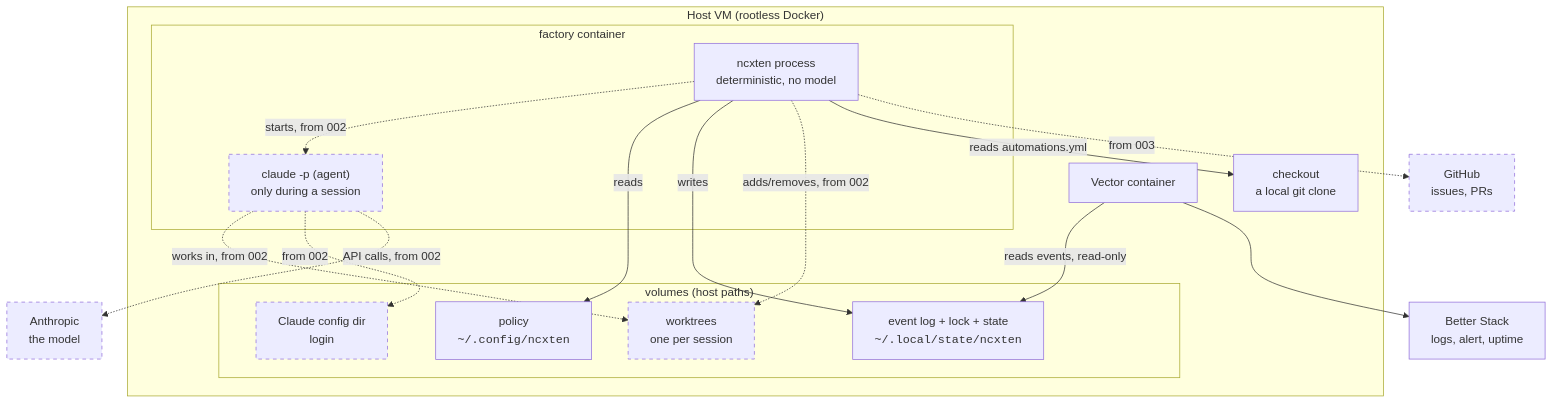
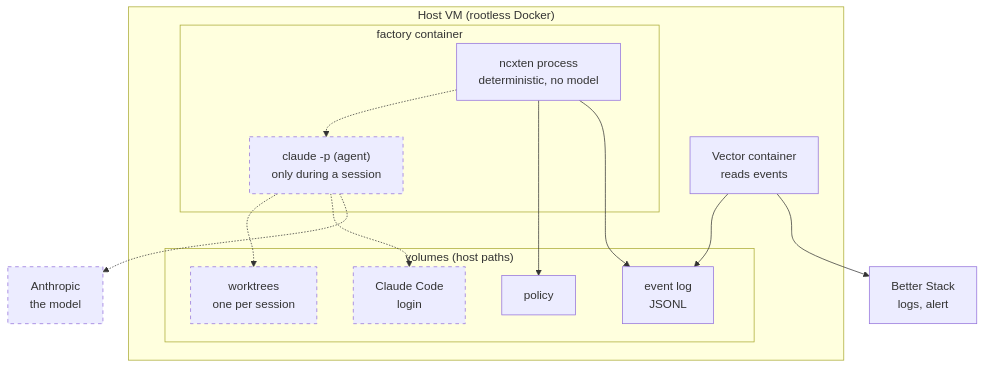
The first of 5 diagrams in docs/content/docs/how-it-works.md (dazz/ncxten), drawn with Mermaid before and after one commit. The commit also changed other lines of this file and 5 other files, not shown here.

First line of the commit message:
docs: first-reader pass — glossary, simpler diagrams, no spec references

````diff
--- a/docs/content/docs/how-it-works.md
+++ b/docs/content/docs/how-it-works.md
@@ -13,33 +13,28 @@
 ```mermaid
 flowchart TB
   subgraph host["Host VM (rootless Docker)"]
     subgraph fc["factory container"]
       ncx["ncxten process<br/>deterministic, no model"]
       agent["claude -p (agent)<br/>only during a session"]
-      ncx -.->|"starts, from 002"| agent
+      ncx -.-> agent
     end
-    vector["Vector container"]
+    vector["Vector container<br/>reads events"]
     subgraph vols["volumes (host paths)"]
-      pol["policy<br/><code>~/.config/ncxten</code>"]
-      state["event log + lock + state<br/><code>~/.local/state/ncxten</code>"]
+      pol["policy"]
       wt["worktrees<br/>one per session"]
-      login["Claude config dir<br/>login"]
+      login["Claude Code<br/>login"]
+      ev["event log<br/>JSONL"]
     end
-    co["checkout<br/>a local git clone"]
   end
-  bs["Better Stack<br/>logs, alert, uptime"]
+  bs["Better Stack<br/>logs, alert"]
   anthropic["Anthropic<br/>the model"]
-  gh["GitHub<br/>issues, PRs"]
-  ncx -->|reads| pol
-  ncx -->|writes| state
-  ncx -.->|"adds/removes, from 002"| wt
-  ncx -->|"reads automations.yml"| co
-  agent -.->|"works in, from 002"| wt
-  agent -.->|"from 002"| login
-  agent -.->|"API calls, from 002"| anthropic
-  vector -->|"reads events, read-only"| state
+  ncx --> pol
+  ncx --> ev
+  agent -.-> wt
+  agent -.-> login
+  agent -.-> anthropic
+  vector --> ev
   vector --> bs
-  ncx -.->|"from 003"| gh
-  classDef future stroke-dasharray: 5 5
-  class agent,wt,login,anthropic,gh future
+  classDef planned stroke-dasharray: 5 5
+  class agent,wt,login,anthropic planned
 ```
````
